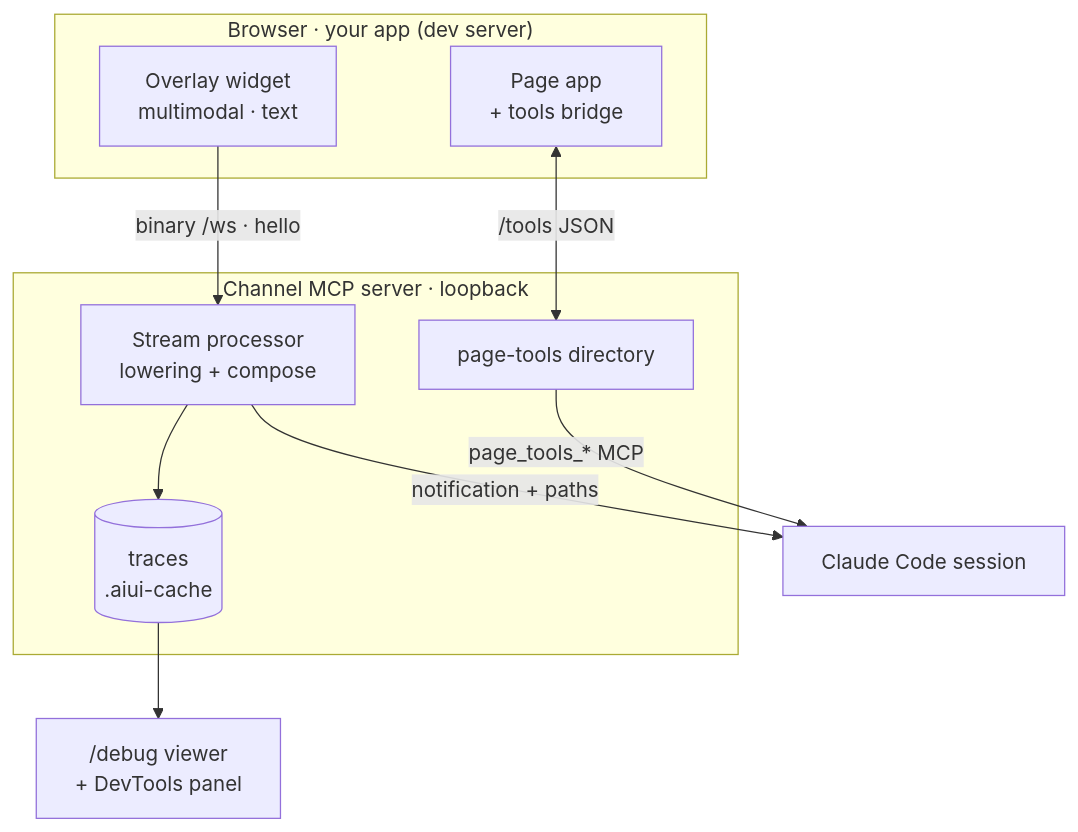
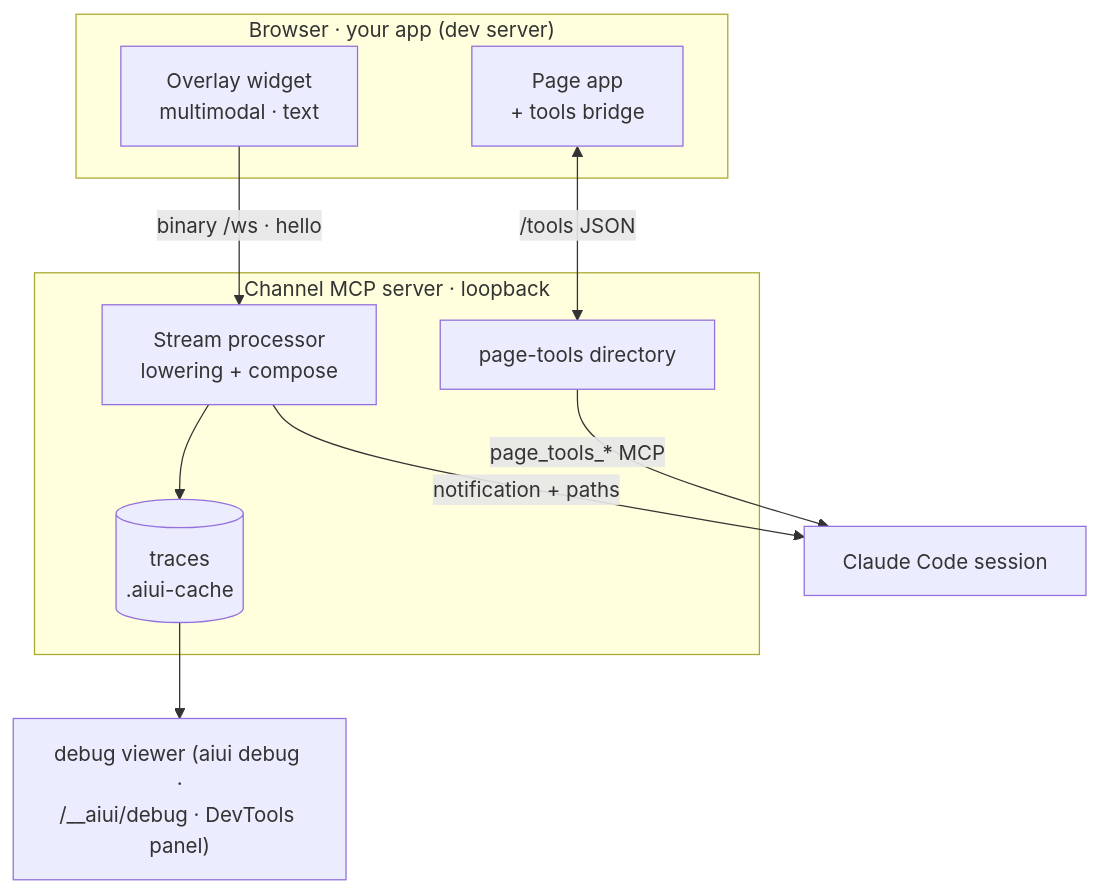
Before and after one commit to habemus-papadum/pdum_aiui: the first of 3 diagrams in docs/guide/web-intent-tool.md, drawn with Mermaid. The commit also changed other lines of this file and 18 other files, not shown here.

First line of the commit message:
feat(debug): the channel serves no HTML — `aiui debug` is the standalone viewer

````diff
--- a/docs/guide/web-intent-tool.md
+++ b/docs/guide/web-intent-tool.md
@@ -71,21 +71,21 @@
 ```mermaid
 flowchart TB
   subgraph browser["Browser · your app (dev server)"]
     widget["Overlay widget<br/>multimodal · text"]
     app["Page app<br/>+ tools bridge"]
   end
   subgraph channel["Channel MCP server · loopback"]
     proc["Stream processor<br/>lowering + compose"]
     ptools["page-tools directory"]
     traces[("traces<br/>.aiui-cache")]
   end
   session["Claude Code session"]
-  viewer["/debug viewer<br/>+ DevTools panel"]
+  viewer["debug viewer (aiui debug ·<br/>/__aiui/debug · DevTools panel)"]
 
   widget -->|"binary /ws · hello"| proc
   app <-->|"/tools JSON"| ptools
   proc -->|"notification + paths"| session
   ptools -->|"page_tools_* MCP"| session
   proc --> traces
   traces --> viewer
 ```
````
